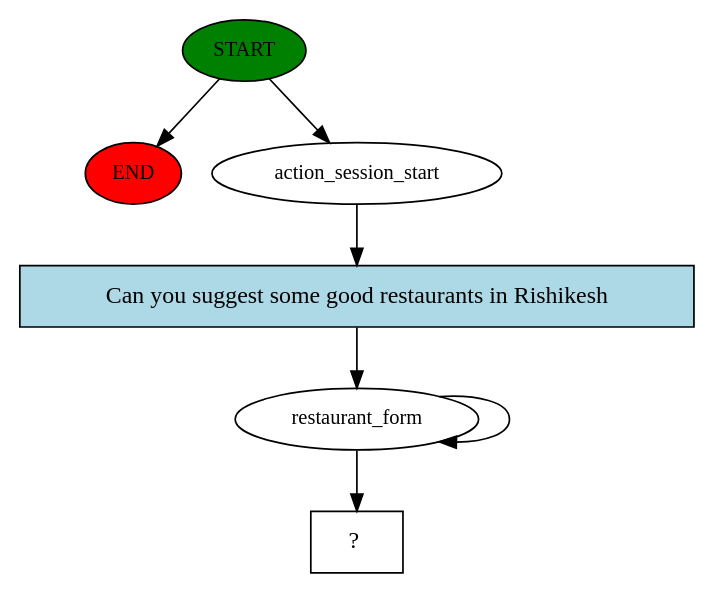
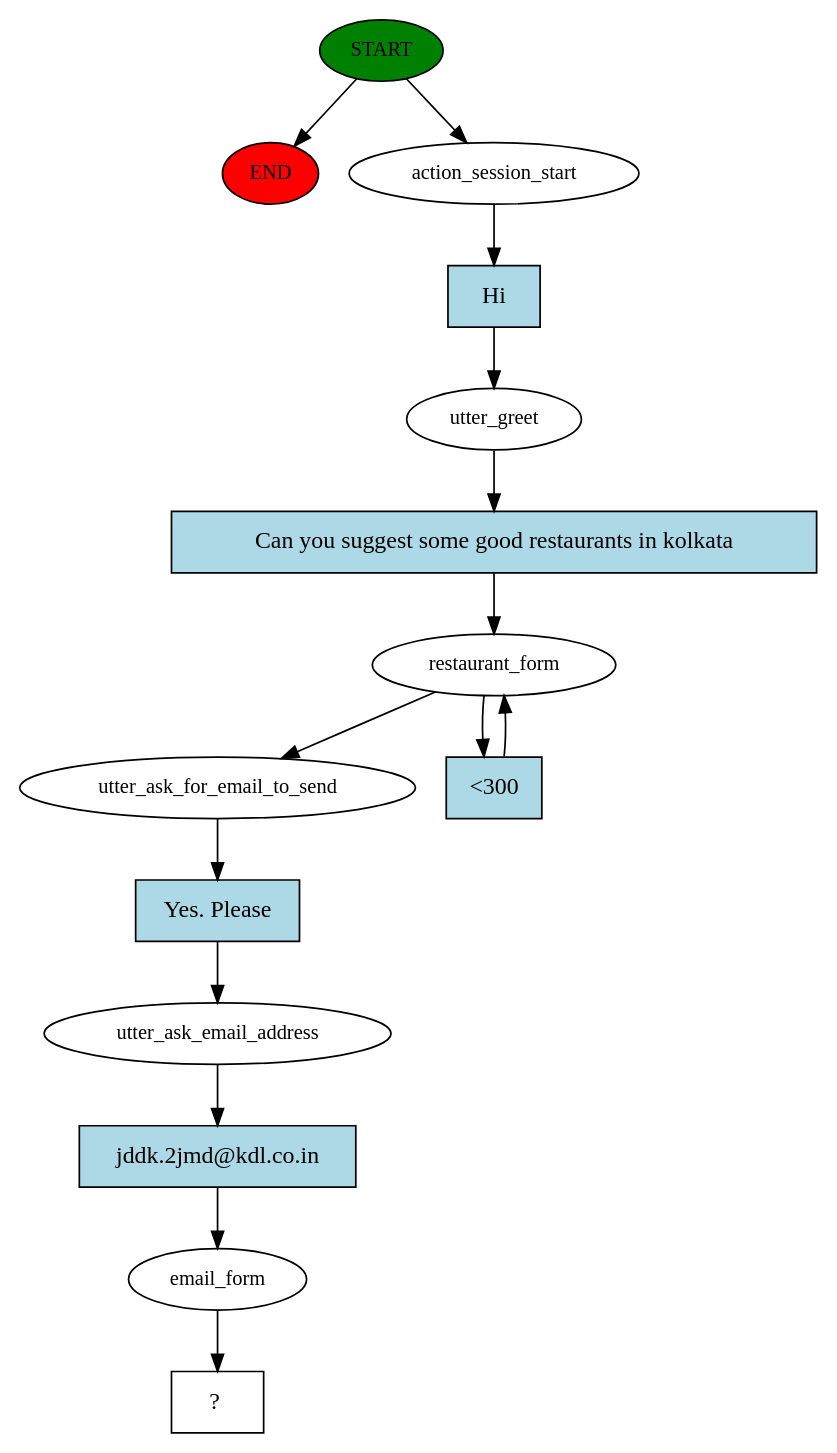
Before and after one commit to Ankursrivastavaaa/ChatBot: the diagram in story_graph.dot, drawn with Graphviz. The commit also changed 4 other files, not shown here.

```diff
--- a/story_graph.dot
+++ b/story_graph.dot
@@ -1,14 +1,30 @@
 digraph  {
 0 [class="start active", fillcolor=green, fontsize=12, label=START, style=filled];
 "-1" [class=end, fillcolor=red, fontsize=12, label=END, style=filled];
 1 [class=active, fontsize=12, label=action_session_start];
-2 [class=active, fontsize=12, label=restaurant_form];
-4 [class="intent dashed active", label="  ?  ", shape=rect];
-5 [class="intent active", fillcolor=lightblue, label="Can you suggest some good restaurants in Rishikesh", shape=rect, style=filled];
+2 [class=active, fontsize=12, label=utter_greet];
+3 [class=active, fontsize=12, label=restaurant_form];
+6 [class=active, fontsize=12, label=utter_ask_for_email_to_send];
+7 [class=active, fontsize=12, label=utter_ask_email_address];
+8 [class=active, fontsize=12, label=email_form];
+9 [class="intent dashed active", label="  ?  ", shape=rect];
+10 [class="intent active", fillcolor=lightblue, label=Hi, shape=rect, style=filled];
+11 [class="intent active", fillcolor=lightblue, label="Can you suggest some good restaurants in kolkata", shape=rect, style=filled];
+12 [class="intent active", fillcolor=lightblue, label="<300", shape=rect, style=filled];
+13 [class="intent active", fillcolor=lightblue, label="Yes. Please", shape=rect, style=filled];
+14 [class="intent active", fillcolor=lightblue, label="jddk.2jmd@kdl.co.in", shape=rect, style=filled];
 0 -> "-1"  [class="", key=NONE, label=""];
 0 -> 1  [class=active, key=NONE, label=""];
-1 -> 5  [class=active, key=0];
-2 -> 4  [class=active, key=NONE, label=""];
-2 -> 2  [class=active, key=NONE, label=""];
-5 -> 2  [class=active, key=0];
+1 -> 10  [class=active, key=0];
+2 -> 11  [class=active, key=0];
+3 -> 6  [class=active, key=NONE, label=""];
+3 -> 12  [class=active, key=0];
+6 -> 13  [class=active, key=0];
+7 -> 14  [class=active, key=0];
+8 -> 9  [class=active, key=NONE, label=""];
+10 -> 2  [class=active, key=0];
+11 -> 3  [class=active, key=0];
+12 -> 3  [class=active, key=0];
+13 -> 7  [class=active, key=0];
+14 -> 8  [class=active, key=0];
 }
```
